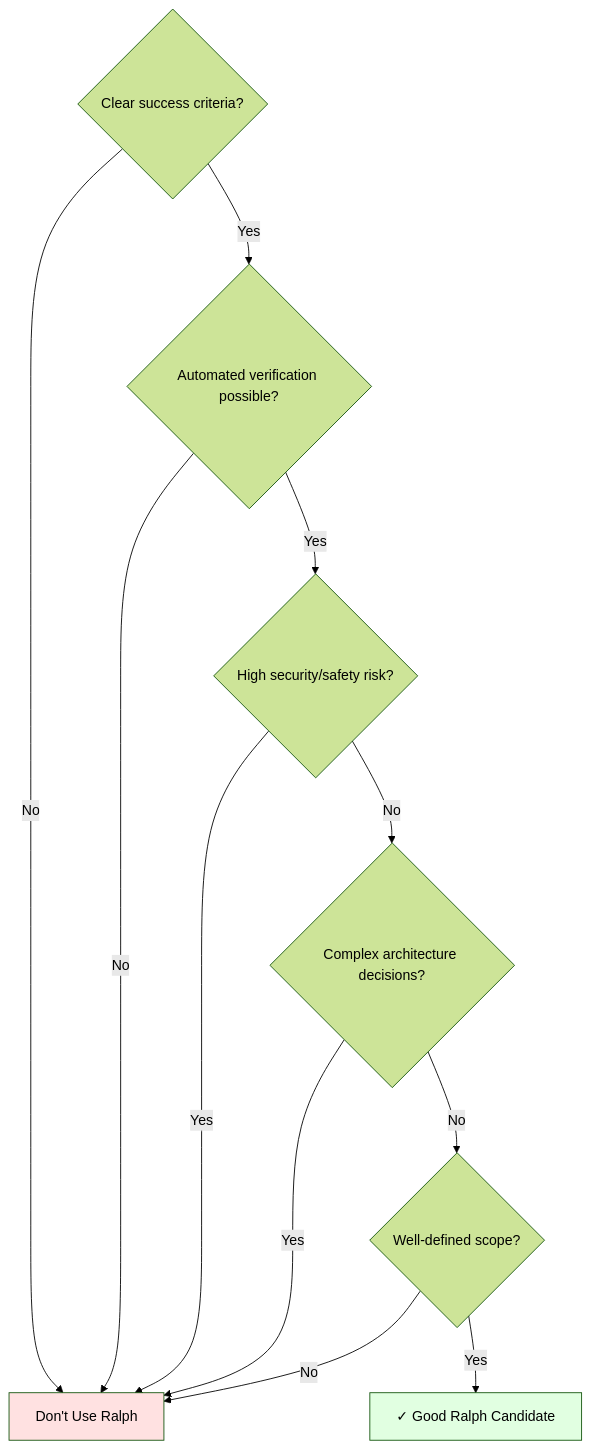
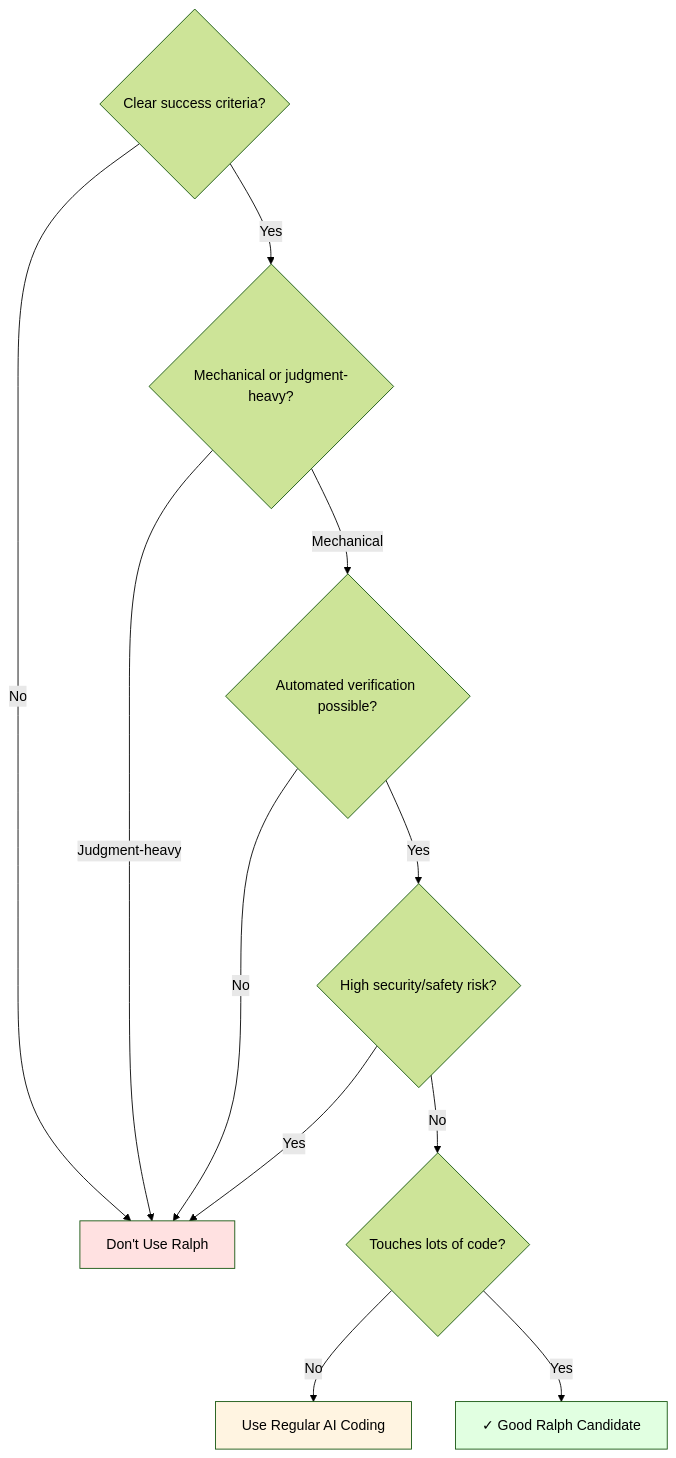
The seventh of 14 diagrams in AI-ML/Ralph-Wiggum-Loops-&-Ralph-Mode.md (rsrini7/Learnings), drawn with Mermaid (forest theme) before and after one commit. The commit also changed other lines of this file, not shown here.

````diff
--- a/AI-ML/Ralph-Wiggum-Loops-&-Ralph-Mode.md
+++ b/AI-ML/Ralph-Wiggum-Loops-&-Ralph-Mode.md
@@ -326,16 +394,17 @@
 ```mermaid
 graph TD
     Q1{Clear success criteria?} -->|No| Avoid[Don't Use Ralph]
-    Q1 -->|Yes| Q2{Automated verification possible?}
-    Q2 -->|No| Avoid
-    Q2 -->|Yes| Q3{High security/safety risk?}
-    Q3 -->|Yes| Avoid
-    Q3 -->|No| Q4{Complex architecture decisions?}
+    Q1 -->|Yes| Q2{Mechanical or judgment-heavy?}
+    Q2 -->|Judgment-heavy| Avoid
+    Q2 -->|Mechanical| Q3{Automated verification possible?}
+    Q3 -->|No| Avoid
+    Q3 -->|Yes| Q4{High security/safety risk?}
     Q4 -->|Yes| Avoid
-    Q4 -->|No| Q5{Well-defined scope?}
-    Q5 -->|No| Avoid
+    Q4 -->|No| Q5{Touches lots of code?}
+    Q5 -->|No| Regular[Use Regular AI Coding]
     Q5 -->|Yes| Use[✓ Good Ralph Candidate]
     
     style Use fill:#e1ffe1
     style Avoid fill:#ffe1e1
+    style Regular fill:#fff4e1
 ```
````
